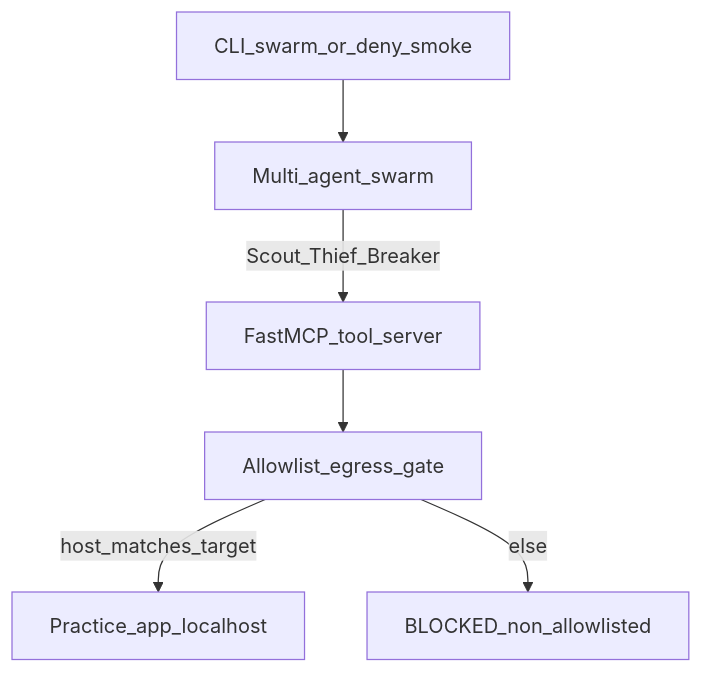
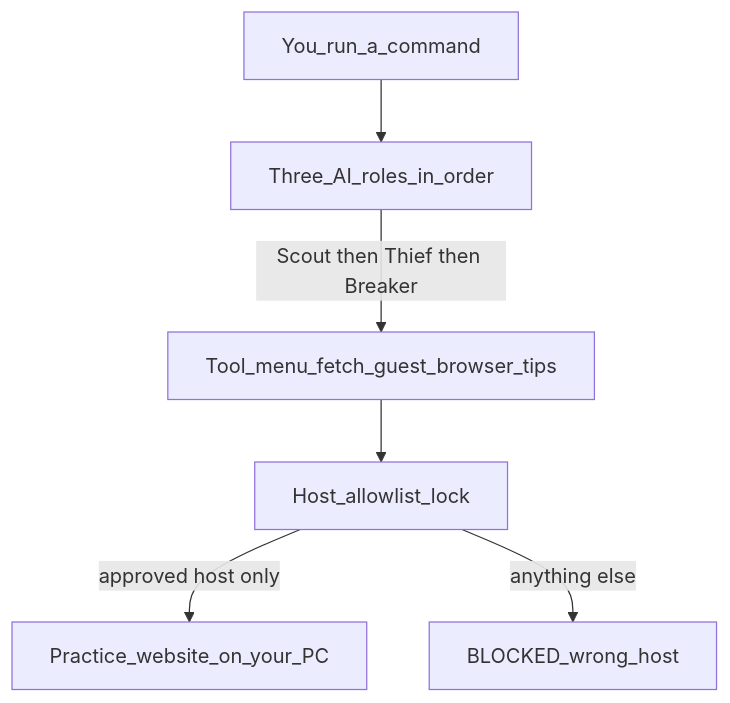
The first of 2 diagrams in docs/ARCHITECTURE.md (New-Sheep/control-eval-lab), drawn with Mermaid before and after one commit. The commit also changed other lines of this file and 8 other files, not shown here.

````diff
--- a/docs/ARCHITECTURE.md
+++ b/docs/ARCHITECTURE.md
@@ -9,15 +15,15 @@
 ```mermaid
 flowchart TB
-  cli[CLI_swarm_or_deny_smoke]
-  swarm[Multi_agent_swarm]
-  mcp[FastMCP_tool_server]
-  allow[Allowlist_egress_gate]
-  toy[Practice_app_localhost]
-  blocked[BLOCKED_non_allowlisted]
+  cli[You_run_a_command]
+  swarm[Three_AI_roles_in_order]
+  tools[Tool_menu_fetch_guest_browser_tips]
+  allow[Host_allowlist_lock]
+  toy[Practice_website_on_your_PC]
+  blocked[BLOCKED_wrong_host]
 
   cli --> swarm
-  swarm -->|"Scout_Thief_Breaker"| mcp
-  mcp --> allow
-  allow -->|"host_matches_target"| toy
-  allow -->|"else"| blocked
+  swarm -->|"Scout then Thief then Breaker"| tools
+  tools --> allow
+  allow -->|"approved host only"| toy
+  allow -->|"anything else"| blocked
 ```
````
